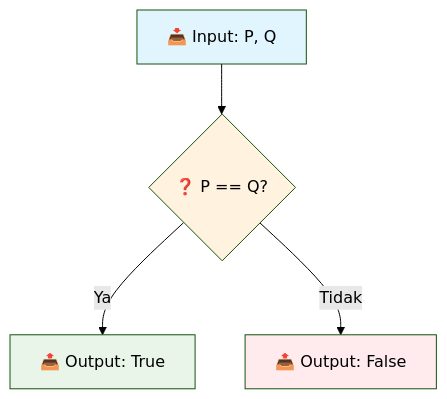
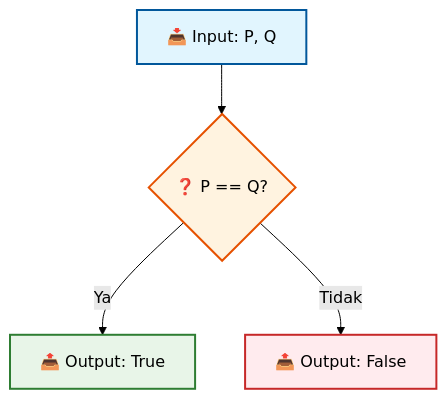
One commit to antonprafanto/logikamatematika changed the fifth of 7 diagrams in pertemuan2.md. Above: the diagram before and after it, drawn with Mermaid (forest theme). The commit also changed other lines of this file, not shown here.

````diff
--- a/pertemuan2.md
+++ b/pertemuan2.md
@@ -350,11 +350,11 @@
 ```mermaid
 flowchart TD
     A[📥 Input: P, Q] --> B{❓ P == Q?}
     B -->|Ya| C[📤 Output: True]
     B -->|Tidak| D[📤 Output: False]
     
-    style A fill:#e1f5fe
-    style B fill:#fff3e0
-    style C fill:#e8f5e8
-    style D fill:#ffebee
+    style A fill:#e1f5fe,stroke:#01579b,stroke-width:2px,color:#000
+    style B fill:#fff3e0,stroke:#e65100,stroke-width:2px,color:#000
+    style C fill:#e8f5e8,stroke:#2e7d32,stroke-width:2px,color:#000
+    style D fill:#ffebee,stroke:#c62828,stroke-width:2px,color:#000
 ```
````
